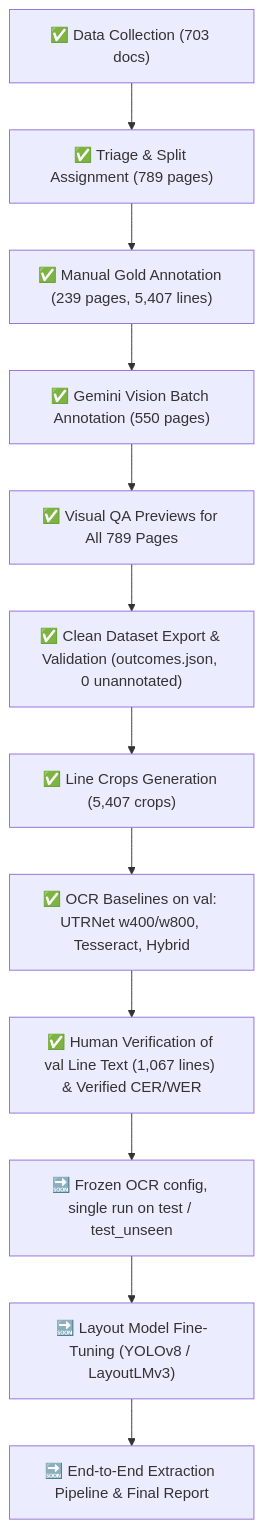
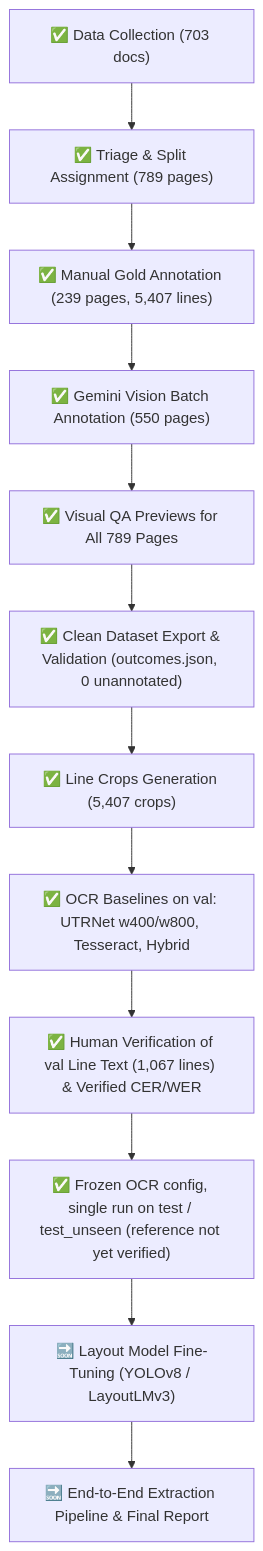
The diagram in PROJECT_DOCUMENTATION.md (AleenaAhmed007/Nastaliq-Document-Intelligence), drawn with Mermaid before and after one commit. The commit also changed other lines of this file and 30 other files, not shown here.

First line of the commit message:
Freeze hybrid OCR routing on verified val and run once on test splits

````diff
--- a/PROJECT_DOCUMENTATION.md
+++ b/PROJECT_DOCUMENTATION.md
@@ -612,14 +641,14 @@
 ```mermaid
 flowchart TD
     A["✅ Data Collection (703 docs)"] --> B["✅ Triage & Split Assignment (789 pages)"]
     B --> C["✅ Manual Gold Annotation (239 pages, 5,407 lines)"]
     C --> D["✅ Gemini Vision Batch Annotation (550 pages)"]
     D --> E["✅ Visual QA Previews for All 789 Pages"]
     E --> F["✅ Clean Dataset Export & Validation (outcomes.json, 0 unannotated)"]
     F --> G["✅ Line Crops Generation (5,407 crops)"]
     G --> I["✅ OCR Baselines on val: UTRNet w400/w800, Tesseract, Hybrid"]
     I --> V["✅ Human Verification of val Line Text (1,067 lines) & Verified CER/WER"]
-    V --> T["🔜 Frozen OCR config, single run on test / test_unseen"]
+    V --> T["✅ Frozen OCR config, single run on test / test_unseen (reference not yet verified)"]
     T --> H["🔜 Layout Model Fine-Tuning (YOLOv8 / LayoutLMv3)"]
     H --> J["🔜 End-to-End Extraction Pipeline & Final Report"]
 ```
````
